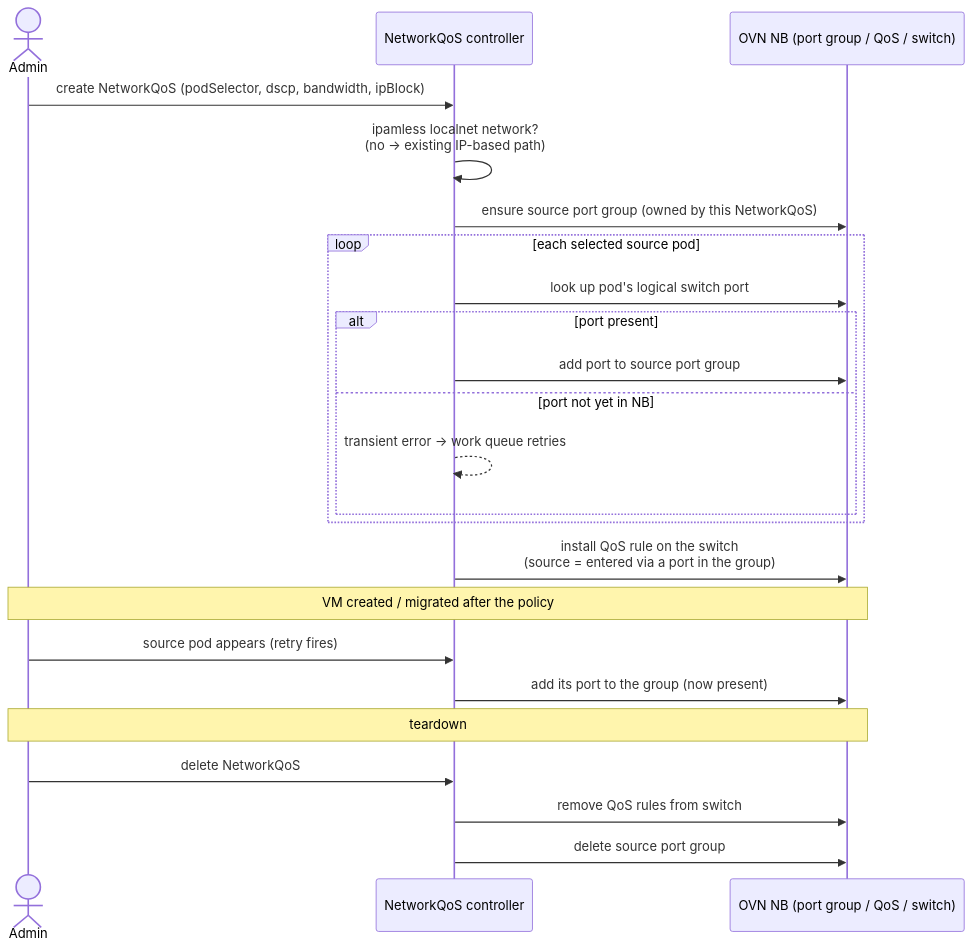
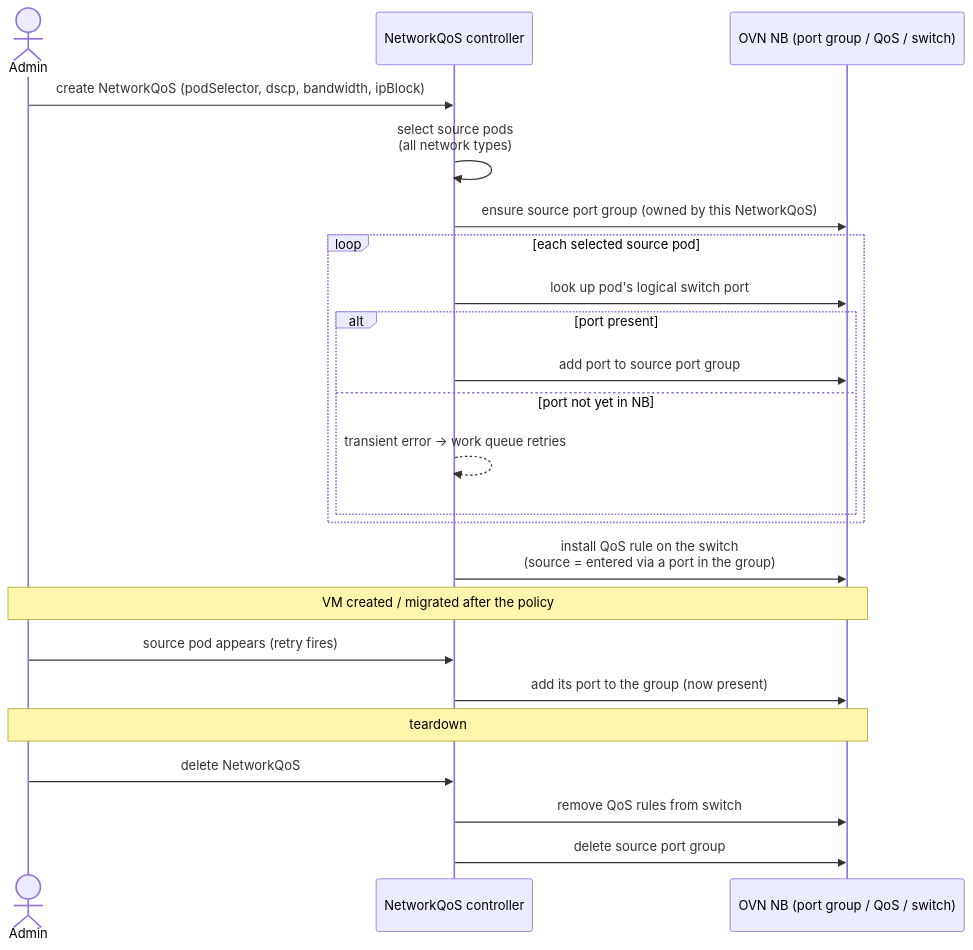
Before and after one commit to ovn-org/ovn-kubernetes: the diagram in docs/okeps/okep-6815-network-qos-ipamless.md, drawn with Mermaid. The commit also changed other lines of this file, not shown here.

First line of the commit message:
okep, qos: single source matching approach using port groups

````diff
--- a/docs/okeps/okep-6815-network-qos-ipamless.md
+++ b/docs/okeps/okep-6815-network-qos-ipamless.md
@@ -478,28 +494,28 @@
 ```mermaid
 sequenceDiagram
     actor Admin
     participant Ctrl as NetworkQoS controller
     participant NB as OVN NB (port group / QoS / switch)
 
     Admin->>Ctrl: create NetworkQoS (podSelector, dscp, bandwidth, ipBlock)
-    Ctrl->>Ctrl: ipamless localnet network?<br/>(no → existing IP-based path)
+    Ctrl->>Ctrl: select source pods<br/>(all network types)
     Ctrl->>NB: ensure source port group (owned by this NetworkQoS)
     loop each selected source pod
         Ctrl->>NB: look up pod's logical switch port
         alt port present
             Ctrl->>NB: add port to source port group
         else port not yet in NB
             Ctrl-->>Ctrl: transient error → work queue retries
         end
     end
     Ctrl->>NB: install QoS rule on the switch<br/>(source = entered via a port in the group)
 
     Note over Admin,NB: VM created / migrated after the policy
     Admin->>Ctrl: source pod appears (retry fires)
     Ctrl->>NB: add its port to the group (now present)
 
     Note over Admin,NB: teardown
     Admin->>Ctrl: delete NetworkQoS
     Ctrl->>NB: remove QoS rules from switch
     Ctrl->>NB: delete source port group
 ```
````
